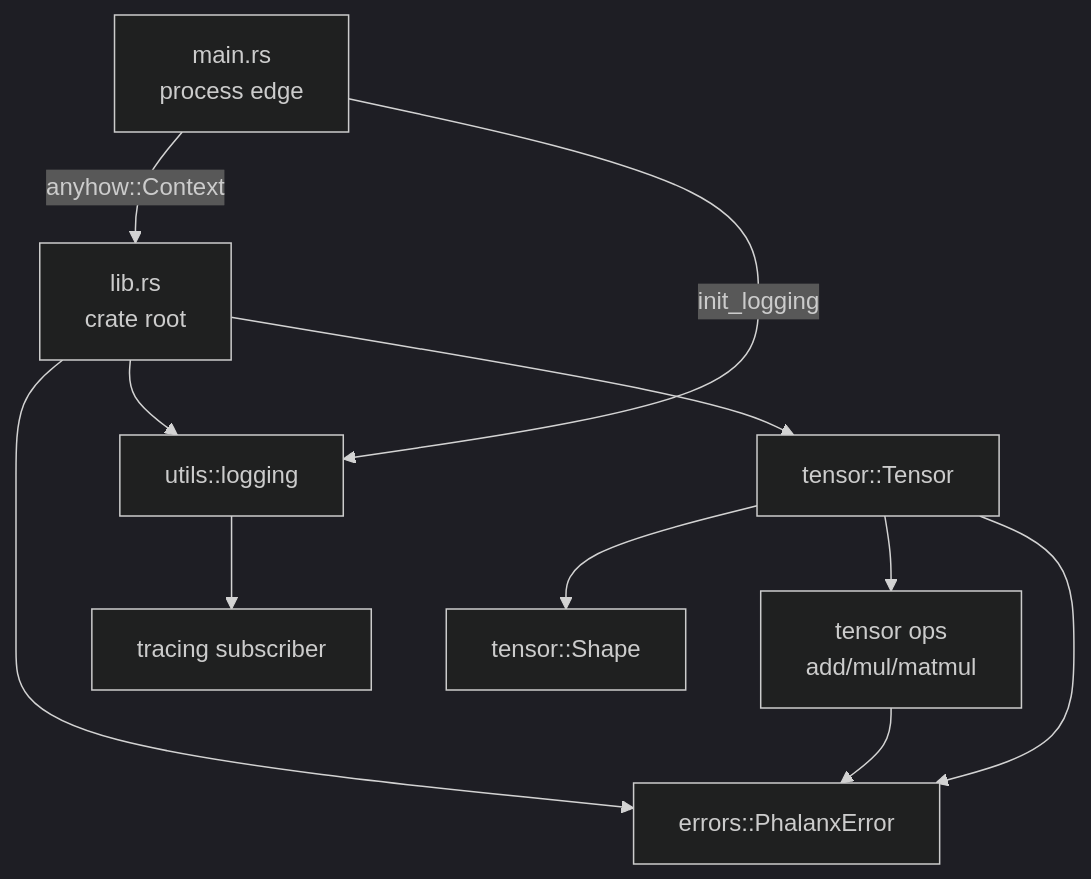
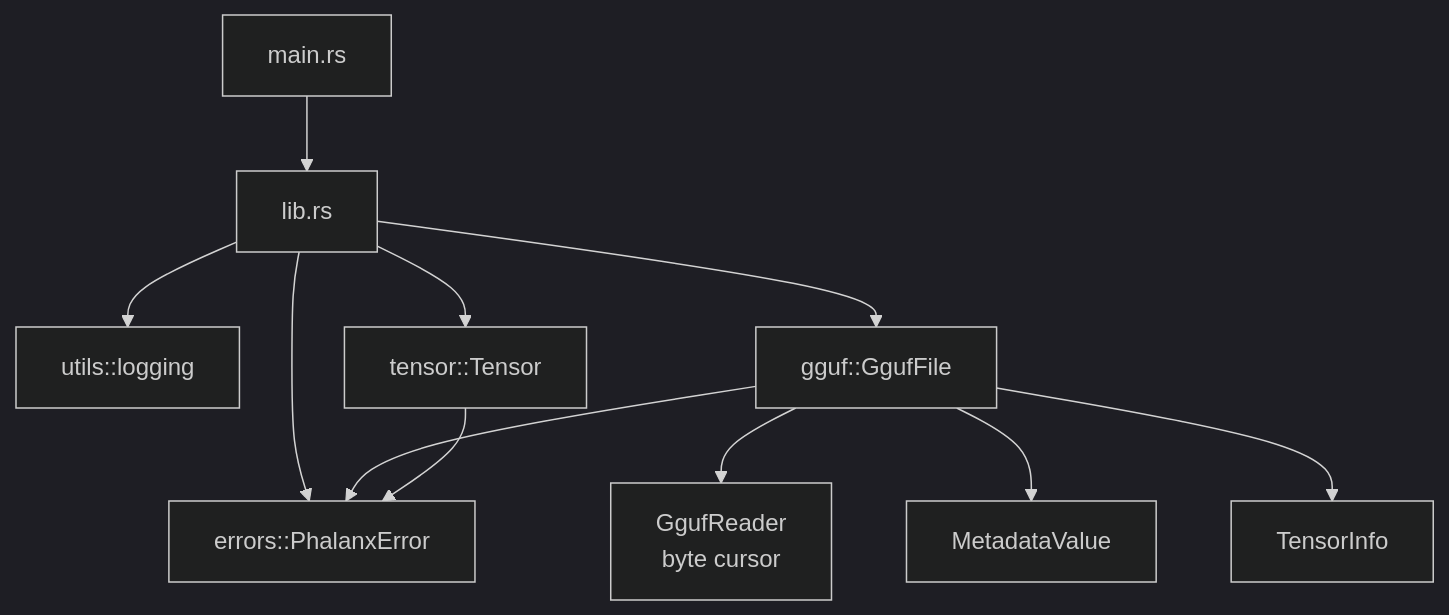
One commit to 404khai/phalanx changed the first of 2 diagrams in docs/architecture.md. Above: the diagram before and after it, drawn with Mermaid (dark theme). The commit also changed other lines of this file and 15 other files, not shown here.

First line of the commit message:
feat(gguf): add streaming GGUF header and metadata parser

````diff
--- a/docs/architecture.md
+++ b/docs/architecture.md
@@ -15,22 +15,23 @@
 ```mermaid
 flowchart TB
-    main["main.rs<br/>process edge"]
-    lib["lib.rs<br/>crate root"]
+    main["main.rs"]
+    lib["lib.rs"]
     errors["errors::PhalanxError"]
     logging["utils::logging"]
     tensor["tensor::Tensor"]
-    shape["tensor::Shape"]
-    ops["tensor ops<br/>add/mul/matmul"]
-    tracing["tracing subscriber"]
+    gguf["gguf::GgufFile"]
+    reader["GgufReader<br/>byte cursor"]
+    meta["MetadataValue"]
+    tinfo["TensorInfo"]
 
-    main -->|"anyhow::Context"| lib
+    main --> lib
     lib --> errors
     lib --> logging
     lib --> tensor
-    logging --> tracing
-    main -->|init_logging| logging
-    tensor --> shape
-    tensor --> ops
-    ops --> errors
+    lib --> gguf
+    gguf --> reader
+    gguf --> meta
+    gguf --> tinfo
+    gguf --> errors
     tensor --> errors
 ```
````
